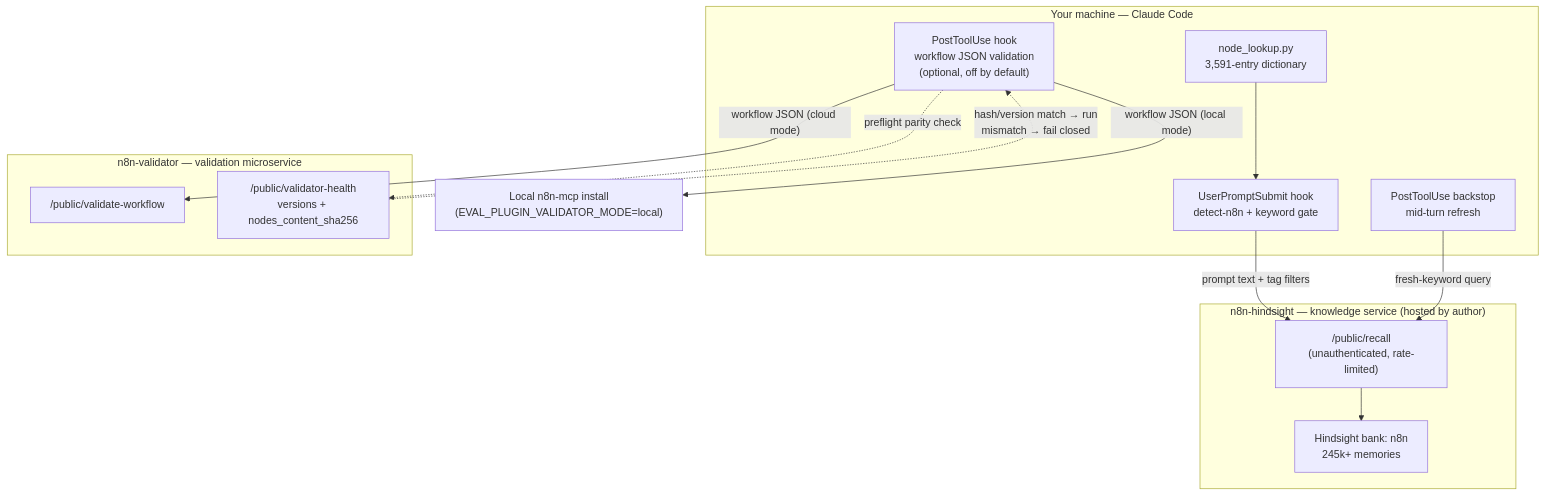
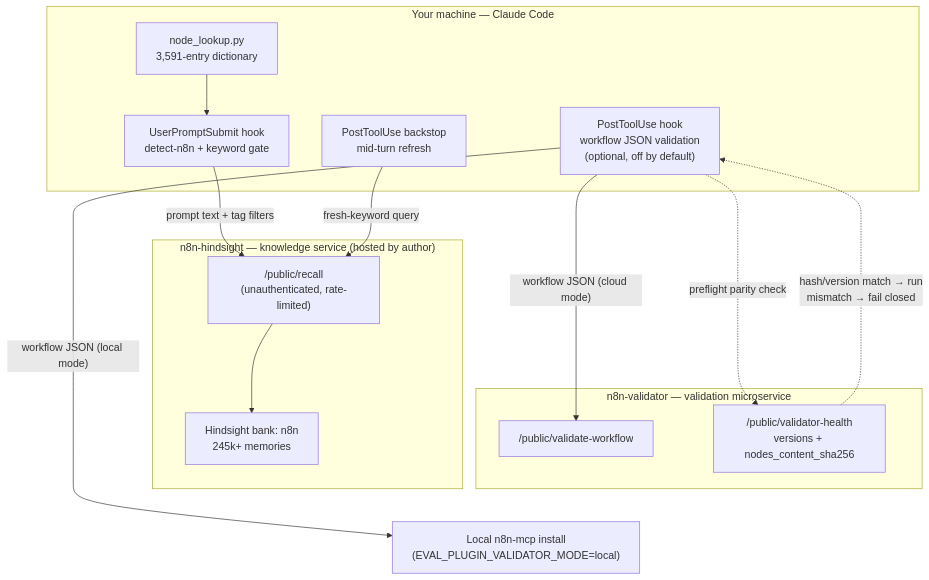
Before and after one commit to dbenn8/n8n-knowledge: the diagram in README.md, drawn with Mermaid. The commit also changed other lines of this file, not shown here.

Commit message:
README: rename Trust note → Privacy (clarify DB is hosted, not local); stack architecture diagram vertically

````diff
--- a/README.md
+++ b/README.md
@@ -62,30 +66,37 @@
 ```mermaid
 flowchart TD
     subgraph local["Your machine — Claude Code"]
         UP["UserPromptSubmit hook<br/>detect-n8n + keyword gate"]
         NL["node_lookup.py<br/>3,591-entry dictionary"]
         PT["PostToolUse hook<br/>workflow JSON validation<br/>(optional, off by default)"]
         BS["PostToolUse backstop<br/>mid-turn refresh"]
     end
 
     subgraph svc["n8n-hindsight — knowledge service (hosted by author)"]
         REC["/public/recall<br/>(unauthenticated, rate-limited)"]
         BANK["Hindsight bank: n8n<br/>245k+ memories"]
     end
 
     subgraph val["n8n-validator — validation microservice"]
         VW["/public/validate-workflow"]
         VH["/public/validator-health<br/>versions + nodes_content_sha256"]
     end
 
     LOCALV["Local n8n-mcp install<br/>(EVAL_PLUGIN_VALIDATOR_MODE=local)"]
 
     UP -->|"prompt text + tag filters"| REC
     NL --> UP
     BS -->|"fresh-keyword query"| REC
     REC --> BANK
     PT -->|"workflow JSON (cloud mode)"| VW
     PT -->|"workflow JSON (local mode)"| LOCALV
     PT -.->|"preflight parity check"| VH
     VH -.->|"hash/version match → run<br/>mismatch → fail closed"| PT
+
+    %% Layout only: force the three sections to stack vertically (top → bottom)
+    %% instead of an L-shape, so nothing sits in the bottom-right corner where
+    %% GitHub's diagram zoom/pan controls render and would otherwise cover it.
+    local ~~~ svc
+    svc ~~~ val
+    val ~~~ LOCALV
 ```
````
